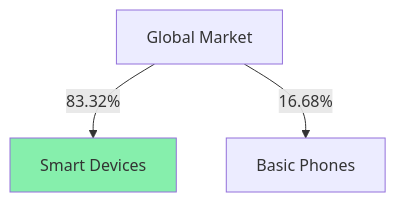
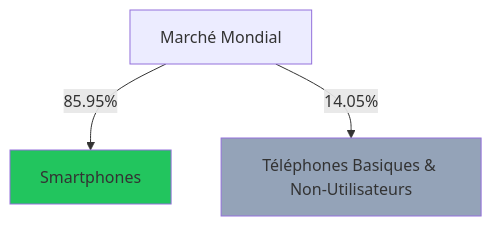
The second of 11 diagrams in slides.md (mianala/rn-intro-slides), drawn with Mermaid before and after one commit. The commit also changed other lines of this file and 354 other files, not shown here.

````diff
--- a/slides.md
+++ b/slides.md
@@ -587,9 +722,10 @@
 ```mermaid {theme: 'neutral', scale: 0.8}
 graph TD
-    World["Global Market"]
-    
-    World -->|"83.32%"| WorldSmartphone["Smart Devices"]
-    World -->|"16.68%"| WorldOther["Basic Phones"]
+    World["Marché Mondial"]
 
-style WorldSmartphone fill:#86efac
+    World -->|"85.95%"| WorldSmartphone["Smartphones"]
+    World -->|"14.05%"| WorldOther["Téléphones Basiques & Non-Utilisateurs"]
+
+style WorldSmartphone fill:#22C55E
+style WorldOther fill:#94A3B8
 ```
````
